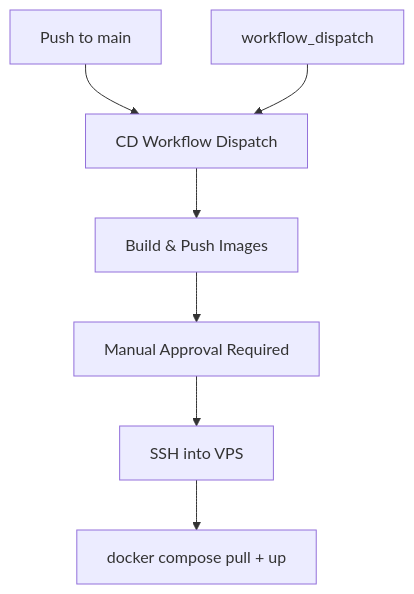
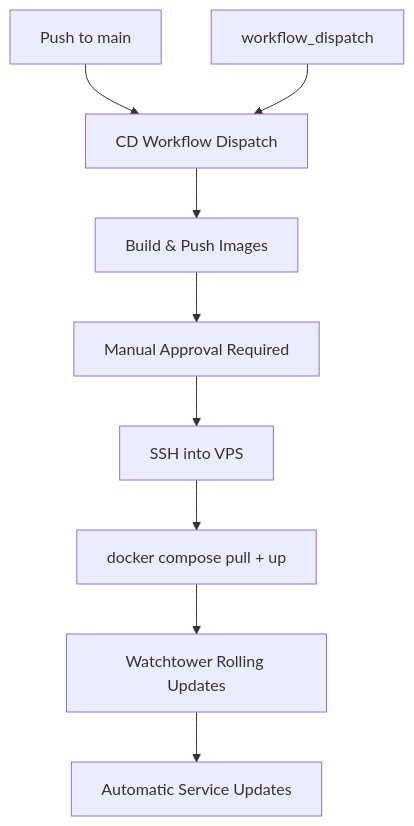
One commit to Revanththetalogics/aireume changed the eighth of 13 diagrams in .qoder/repowiki/en/content/Deployment & DevOps/CI_CD Pipelines.md. Above: the diagram before and after it, drawn with Mermaid. The commit also changed other lines of this file and 39 other files, not shown here.

````diff
--- a/.qoder/repowiki/en/content/Deployment & DevOps/CI_CD Pipelines.md
+++ b/.qoder/repowiki/en/content/Deployment & DevOps/CI_CD Pipelines.md
@@ -287,9 +339,11 @@
 ```mermaid
 flowchart TD
 Push["Push to main"] --> CDTrigger["CD Workflow Dispatch"]
 Dispatch["workflow_dispatch"] --> CDTrigger
 CDTrigger --> BuildImages["Build & Push Images"]
 BuildImages --> ManualGate["Manual Approval Required"]
 ManualGate --> VPS["SSH into VPS"]
 VPS --> Compose["docker compose pull + up"]
+Compose --> Watchtower["Watchtower Rolling Updates"]
+Watchtower --> Services["Automatic Service Updates"]
 ```
````
